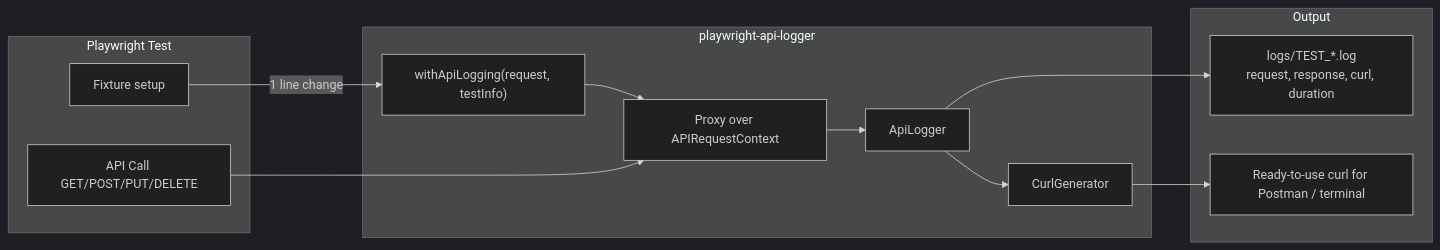
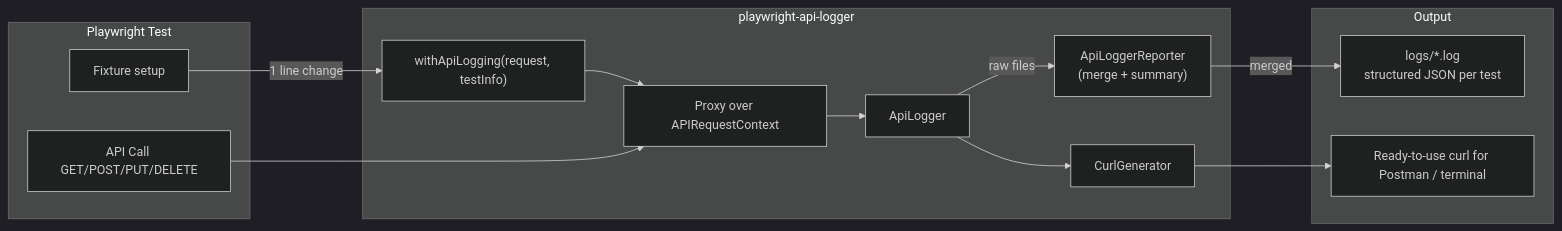
The diagram in README.md (AZANIR/playwright-api-logger), drawn with Mermaid (dark theme) before and after one commit. The commit also changed other lines of this file and 13 other files, not shown here.

First line of the commit message:
feat: add Playwright Reporter for auto-merging log files + unit tests

````diff
--- a/README.md
+++ b/README.md
@@ -23,27 +23,29 @@
 ```mermaid
 flowchart LR
     subgraph T[Playwright Test]
         F[Fixture setup]
         C[API Call GET/POST/PUT/DELETE]
     end
 
     subgraph P[playwright-api-logger]
         W["withApiLogging(request, testInfo)"]
         PR[Proxy over APIRequestContext]
         AL[ApiLogger]
         CG[CurlGenerator]
+        RP["ApiLoggerReporter<br/>(merge + summary)"]
     end
 
     subgraph O[Output]
-        LOG["logs/TEST_*.log<br/>request, response, curl, duration"]
+        LOG["logs/*.log<br/>structured JSON per test"]
         RC[Ready-to-use curl for Postman / terminal]
     end
 
     F -->|"1 line change"| W
     W --> PR
     C --> PR
     PR --> AL
-    AL --> LOG
     AL --> CG
+    AL -->|"raw files"| RP
+    RP -->|"merged"| LOG
     CG --> RC
 ```
````
